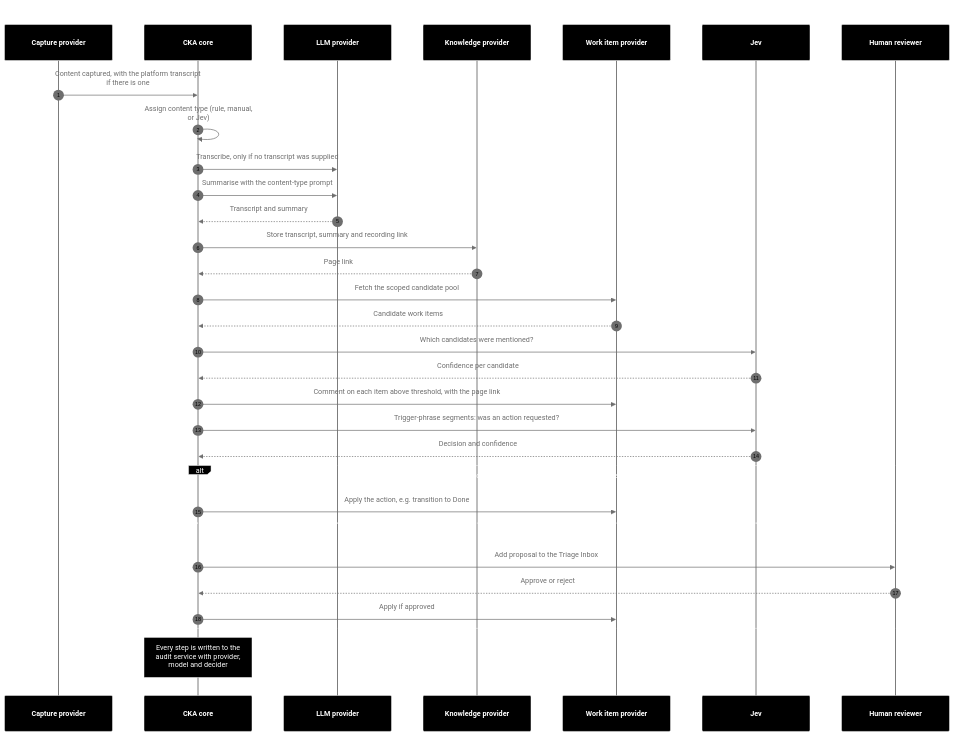
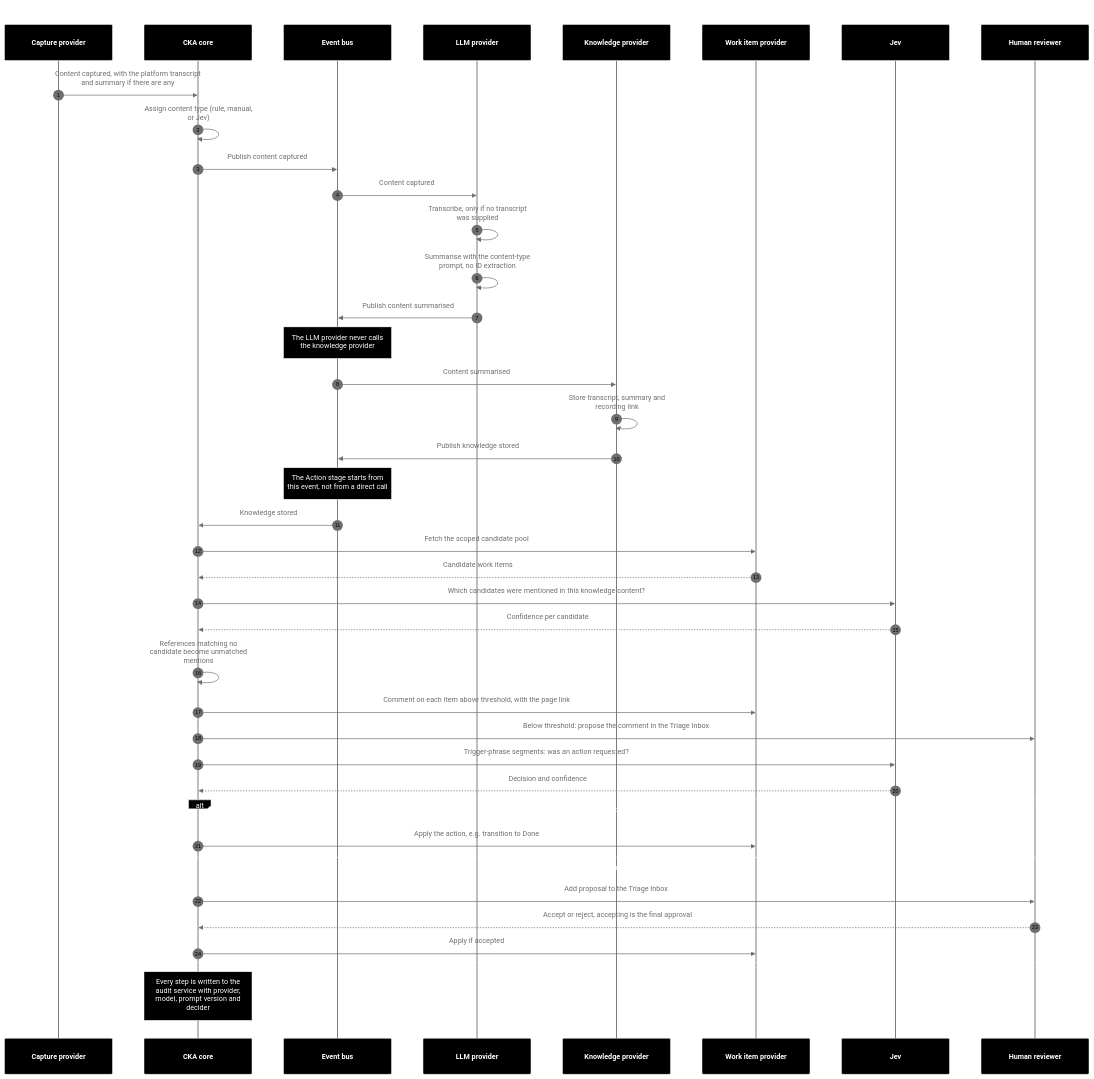
The first of 4 diagrams in README.md (JamesTwisleton/capture-knowledge-action), drawn with Mermaid before and after one commit. The commit also changed other lines of this file and 17 other files, not shown here.

````diff
--- a/README.md
+++ b/README.md
@@ -100,37 +103,46 @@
 ```mermaid
 ---
 title: J1 golden path, meeting to knowledge to actions
 ---
 %%{init: {"theme":"base","themeVariables":{"background":"#000000","fontSize":"20px","primaryColor":"#000000","primaryTextColor":"#ffffff","primaryBorderColor":"#ffffff","lineColor":"#6e6e6e","textColor":"#ffffff","titleColor":"#6e6e6e","actorBkg":"#000000","actorBorder":"#ffffff","actorTextColor":"#ffffff","actorLineColor":"#6e6e6e","signalColor":"#6e6e6e","signalTextColor":"#6e6e6e","labelBoxBkgColor":"#000000","labelBoxBorderColor":"#ffffff","labelTextColor":"#ffffff","loopTextColor":"#ffffff","noteBkgColor":"#000000","noteTextColor":"#ffffff","noteBorderColor":"#ffffff","activationBkgColor":"#000000","activationBorderColor":"#ffffff","sequenceNumberColor":"#000000"},"sequence":{"wrap":true,"width":240,"height":80,"actorMargin":70,"messageMargin":50,"boxMargin":20,"noteMargin":16,"actorFontSize":20,"actorFontWeight":"bold","messageFontSize":18,"noteFontSize":16},"themeCSS":"svg{background:#000000 !important;}"}}%%
 sequenceDiagram
   autonumber
   participant M as Capture provider
   participant C as CKA core
+  participant B as Event bus
   participant L as LLM provider
   participant K as Knowledge provider
   participant W as Work item provider
   participant J as Jev
   participant U as Human reviewer
-  M->>C: Content captured, with the platform transcript if there is one
+  M->>C: Content captured, with the platform transcript and summary if there are any
   C->>C: Assign content type (rule, manual, or Jev)
-  C->>L: Transcribe, only if no transcript was supplied
-  C->>L: Summarise with the content-type prompt
-  L-->>C: Transcript and summary
-  C->>K: Store transcript, summary and recording link
-  K-->>C: Page link
+  C->>B: Publish content captured
+  B->>L: Content captured
+  L->>L: Transcribe, only if no transcript was supplied
+  L->>L: Summarise with the content-type prompt, no ID extraction
+  L->>B: Publish content summarised
+  Note over B: The LLM provider never calls the knowledge provider
+  B->>K: Content summarised
+  K->>K: Store transcript, summary and recording link
+  K->>B: Publish knowledge stored
+  Note over B: The Action stage starts from this event, not from a direct call
+  B->>C: Knowledge stored
   C->>W: Fetch the scoped candidate pool
   W-->>C: Candidate work items
-  C->>J: Which candidates were mentioned?
+  C->>J: Which candidates were mentioned in this knowledge content?
   J-->>C: Confidence per candidate
+  C->>C: References matching no candidate become unmatched mentions
   C->>W: Comment on each item above threshold, with the page link
+  C->>U: Below threshold: propose the comment in the Triage Inbox
   C->>J: Trigger-phrase segments: was an action requested?
   J-->>C: Decision and confidence
   alt Auto-approve allowed and confidence clears the threshold
     C->>W: Apply the action, e.g. transition to Done
   else Review required
     C->>U: Add proposal to the Triage Inbox
-    U-->>C: Approve or reject
-    C->>W: Apply if approved
+    U-->>C: Accept or reject, accepting is the final approval
+    C->>W: Apply if accepted
   end
-  Note over C: Every step is written to the audit service with provider, model and decider
+  Note over C: Every step is written to the audit service with provider, model, prompt version and decider
 ```
````
